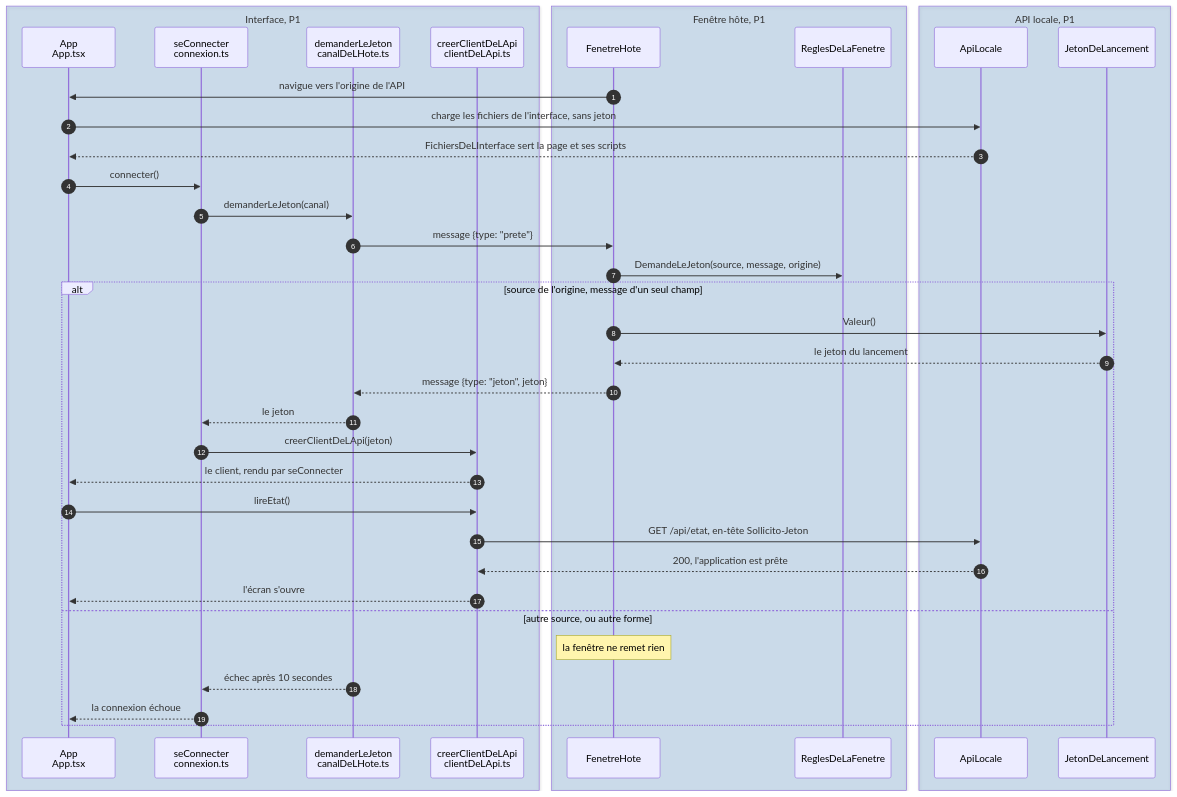
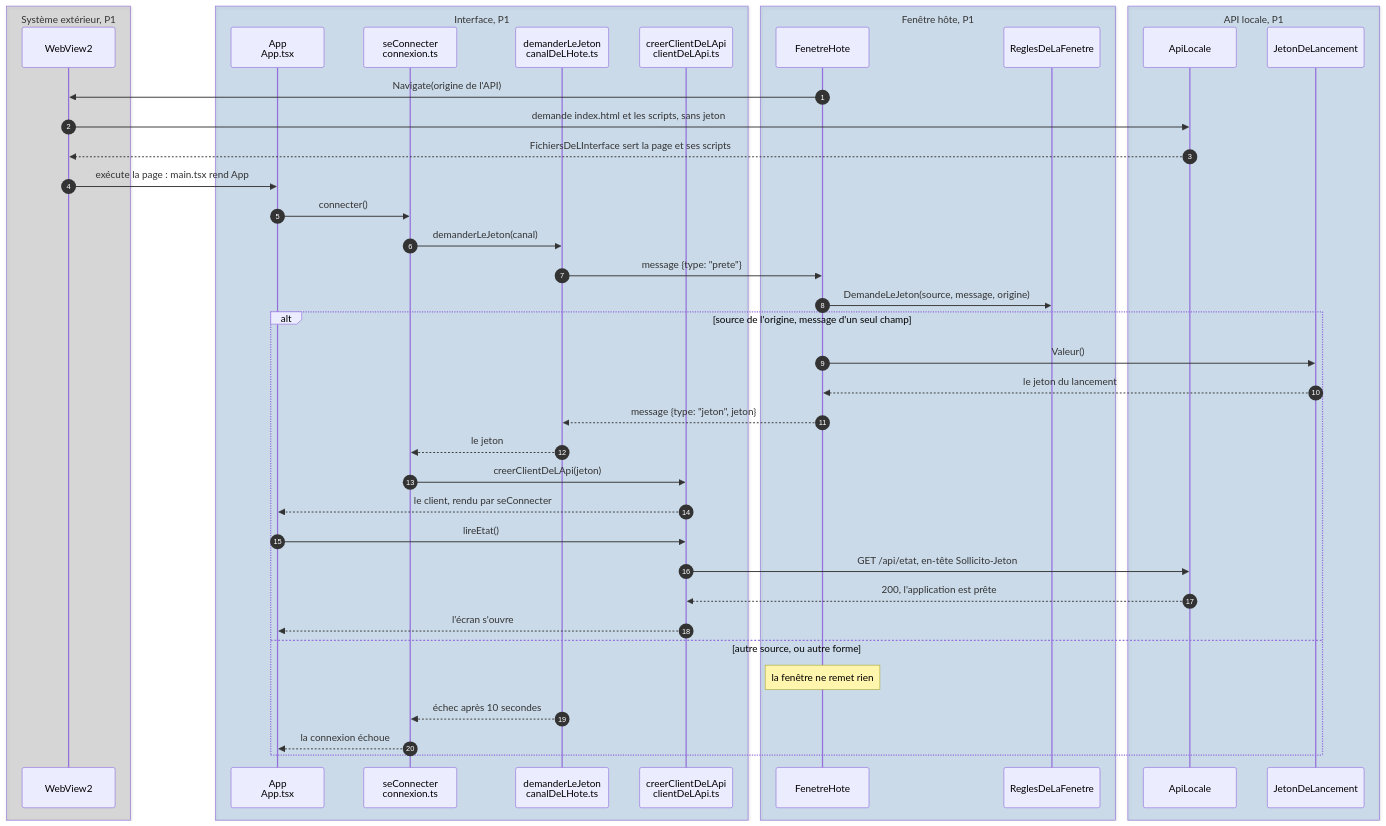
Before and after one commit to moonn1000/sollicito: the first of 5 diagrams in docs/diagrammes-de-sequence.md, drawn with Mermaid. The commit also changed other lines of this file and 1 other file, not shown here.

Commit message:
docs(architecture): reprendre la relecture de #59 : WebView2 dans la remise du jeton, brouillon en deux diagrammes et phrases précisées

````diff
--- a/docs/diagrammes-de-sequence.md
+++ b/docs/diagrammes-de-sequence.md
@@ -22,42 +22,46 @@
 ```mermaid
 sequenceDiagram
     autonumber
+    box rgba(107,107,107,0.2) Système extérieur, P1
+        participant Vue as WebView2
+    end
     box rgba(17,104,189,0.18) Interface, P1
         participant App as App<br/>App.tsx
         participant Cnx as seConnecter<br/>connexion.ts
         participant Canal as demanderLeJeton<br/>canalDeLHote.ts
         participant Client as creerClientDeLApi<br/>clientDeLApi.ts
     end
     box rgba(17,104,189,0.18) Fenêtre hôte, P1
         participant Fenetre as FenetreHote
         participant Regles as ReglesDeLaFenetre
     end
     box rgba(17,104,189,0.18) API locale, P1
         participant Api as ApiLocale
         participant Jeton as JetonDeLancement
     end
 
-    Fenetre->>App: navigue vers l'origine de l'API
-    App->>Api: charge les fichiers de l'interface, sans jeton
-    Api-->>App: FichiersDeLInterface sert la page et ses scripts
+    Fenetre->>Vue: Navigate(origine de l'API)
+    Vue->>Api: demande index.html et les scripts, sans jeton
+    Api-->>Vue: FichiersDeLInterface sert la page et ses scripts
+    Vue->>App: exécute la page : main.tsx rend App
     App->>Cnx: connecter()
     Cnx->>Canal: demanderLeJeton(canal)
     Canal->>Fenetre: message {type: "prete"}
     Fenetre->>Regles: DemandeLeJeton(source, message, origine)
     alt source de l'origine, message d'un seul champ
         Fenetre->>Jeton: Valeur()
         Jeton-->>Fenetre: le jeton du lancement
         Fenetre-->>Canal: message {type: "jeton", jeton}
         Canal-->>Cnx: le jeton
         Cnx->>Client: creerClientDeLApi(jeton)
         Client-->>App: le client, rendu par seConnecter
         App->>Client: lireEtat()
         Client->>Api: GET /api/etat, en-tête Sollicito-Jeton
         Api-->>Client: 200, l'application est prête
         Client-->>App: l'écran s'ouvre
     else autre source, ou autre forme
         Note over Fenetre: la fenêtre ne remet rien
         Canal-->>Cnx: échec après 10 secondes
         Cnx-->>App: la connexion échoue
     end
 ```
````
